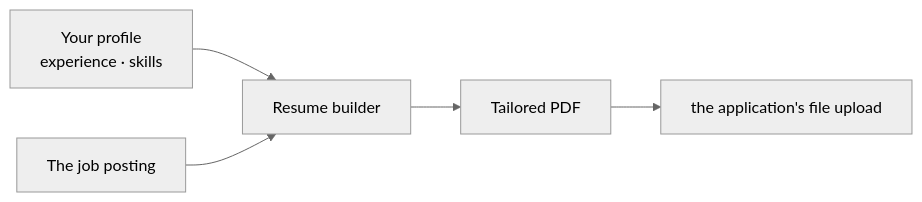
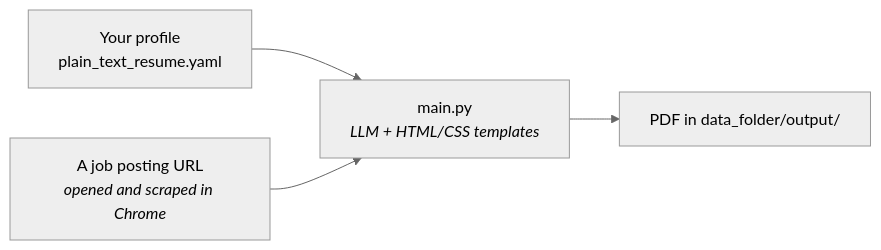
The first of 3 diagrams in README.md (feder-cr/Jobs_Applier_AI_Agent_AIHawk), drawn with Mermaid (neutral theme) before and after one commit. The commit also changed other lines of this file and 8 other files, not shown here.

````diff
--- a/README.md
+++ b/README.md
@@ -224,7 +53,6 @@
 ```mermaid
 flowchart LR
-  PR["Your profile<br/>experience · skills"] --> G["Resume builder"]
-  JD["The job posting"] --> G
-  G --> CV["Tailored PDF"]
-  CV --> UP["the application's file upload"]
+  PR["Your profile<br/>plain_text_resume.yaml"] --> G["main.py<br/><i>LLM + HTML/CSS templates</i>"]
+  JD["A job posting URL<br/><i>opened and scraped in Chrome</i>"] --> G
+  G --> CV["PDF in data_folder/output/"]
 ```
````
